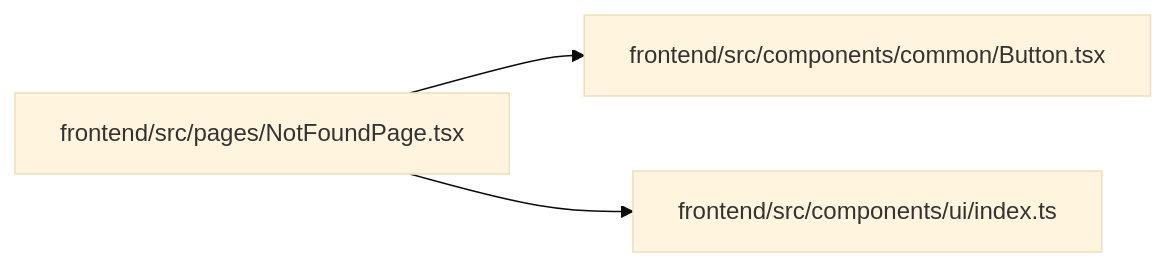
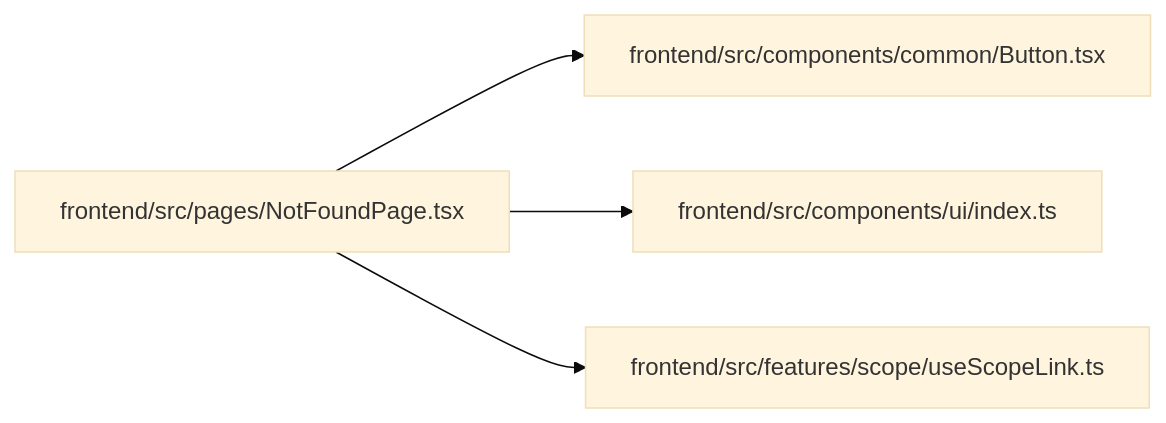
One commit to Denissvgn/WorkChord changed the diagram in docs/llm_wiki/modules/NotFoundPage.md. Above: the diagram before and after it, drawn with Mermaid (base theme). The commit also changed other lines of this file and 2373 other files, not shown here.

````diff
--- a/docs/llm_wiki/modules/NotFoundPage.md
+++ b/docs/llm_wiki/modules/NotFoundPage.md
@@ -28,11 +29,14 @@
 ```mermaid
 flowchart LR
     n0["frontend/src/components/common/Button.tsx"]
     n1["frontend/src/components/ui/index.ts"]
-    n2["frontend/src/pages/NotFoundPage.tsx"]
-    n2 --> n0
-    n2 --> n1
+    n2["frontend/src/features/scope/useScopeLink.ts"]
+    n3["frontend/src/pages/NotFoundPage.tsx"]
+    n3 --> n0
+    n3 --> n1
+    n3 --> n2
     click n0 "../modules/Button.md"
     click n1 "../modules/index.md"
-    click n2 "../modules/NotFoundPage.md"
+    click n2 "../modules/useScopeLink.md"
+    click n3 "../modules/NotFoundPage.md"
 ```
````
